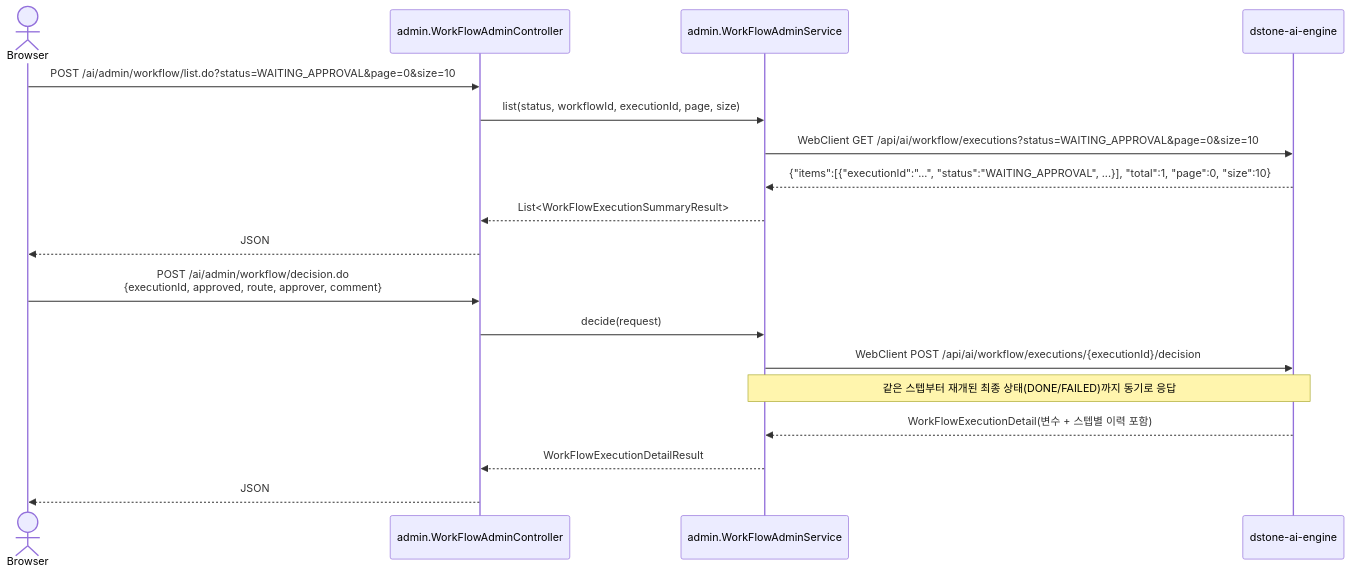
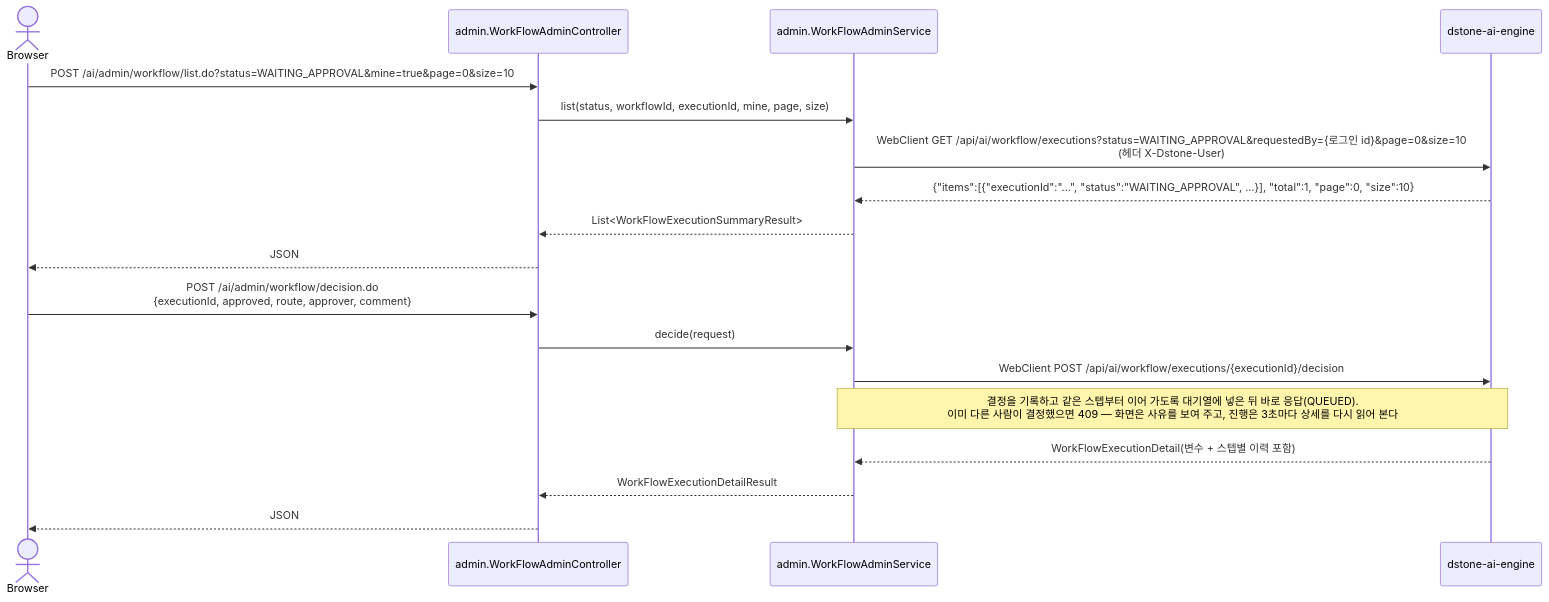
The fourth of 4 diagrams in docs/06.dstone-boot.md (YongSoekChoeng/dstone), drawn with Mermaid before and after one commit. The commit also changed other lines of this file and 46 other files, not shown here.

````diff
--- a/docs/06.dstone-boot.md
+++ b/docs/06.dstone-boot.md
@@ -483,22 +491,22 @@
 ```mermaid
 sequenceDiagram
     actor 운영자 as Browser
     participant Ctrl as admin.WorkFlowAdminController
     participant Svc as admin.WorkFlowAdminService
     participant Engine as dstone-ai-engine
 
-    운영자->>Ctrl: POST /ai/admin/workflow/list.do?status=WAITING_APPROVAL&page=0&size=10
-    Ctrl->>Svc: list(status, workflowId, executionId, page, size)
-    Svc->>Engine: WebClient GET /api/ai/workflow/executions?status=WAITING_APPROVAL&page=0&size=10
+    운영자->>Ctrl: POST /ai/admin/workflow/list.do?status=WAITING_APPROVAL&mine=true&page=0&size=10
+    Ctrl->>Svc: list(status, workflowId, executionId, mine, page, size)
+    Svc->>Engine: WebClient GET /api/ai/workflow/executions?status=WAITING_APPROVAL&requestedBy={로그인 id}&page=0&size=10<br/>(헤더 X-Dstone-User)
     Engine-->>Svc: {"items":[{"executionId":"...", "status":"WAITING_APPROVAL", ...}], "total":1, "page":0, "size":10}
     Svc-->>Ctrl: List<WorkFlowExecutionSummaryResult>
     Ctrl-->>운영자: JSON
 
     운영자->>Ctrl: POST /ai/admin/workflow/decision.do<br/>{executionId, approved, route, approver, comment}
     Ctrl->>Svc: decide(request)
     Svc->>Engine: WebClient POST /api/ai/workflow/executions/{executionId}/decision
-    Note over Svc,Engine: 같은 스텝부터 재개된 최종 상태(DONE/FAILED)까지 동기로 응답
+    Note over Svc,Engine: 결정을 기록하고 같은 스텝부터 이어 가도록 대기열에 넣은 뒤 바로 응답(QUEUED).<br/>이미 다른 사람이 결정했으면 409 — 화면은 사유를 보여 주고, 진행은 3초마다 상세를 다시 읽어 본다
     Engine-->>Svc: WorkFlowExecutionDetail(변수 + 스텝별 이력 포함)
     Svc-->>Ctrl: WorkFlowExecutionDetailResult
     Ctrl-->>운영자: JSON
 ```
````
